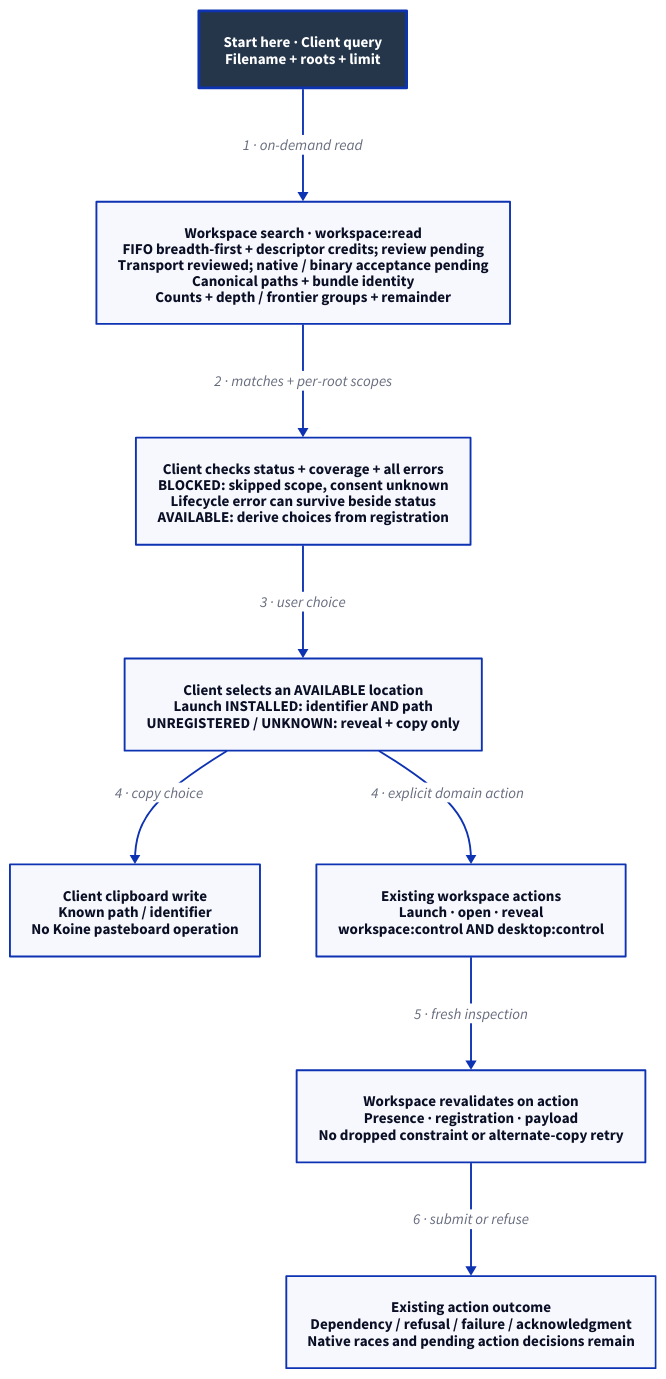
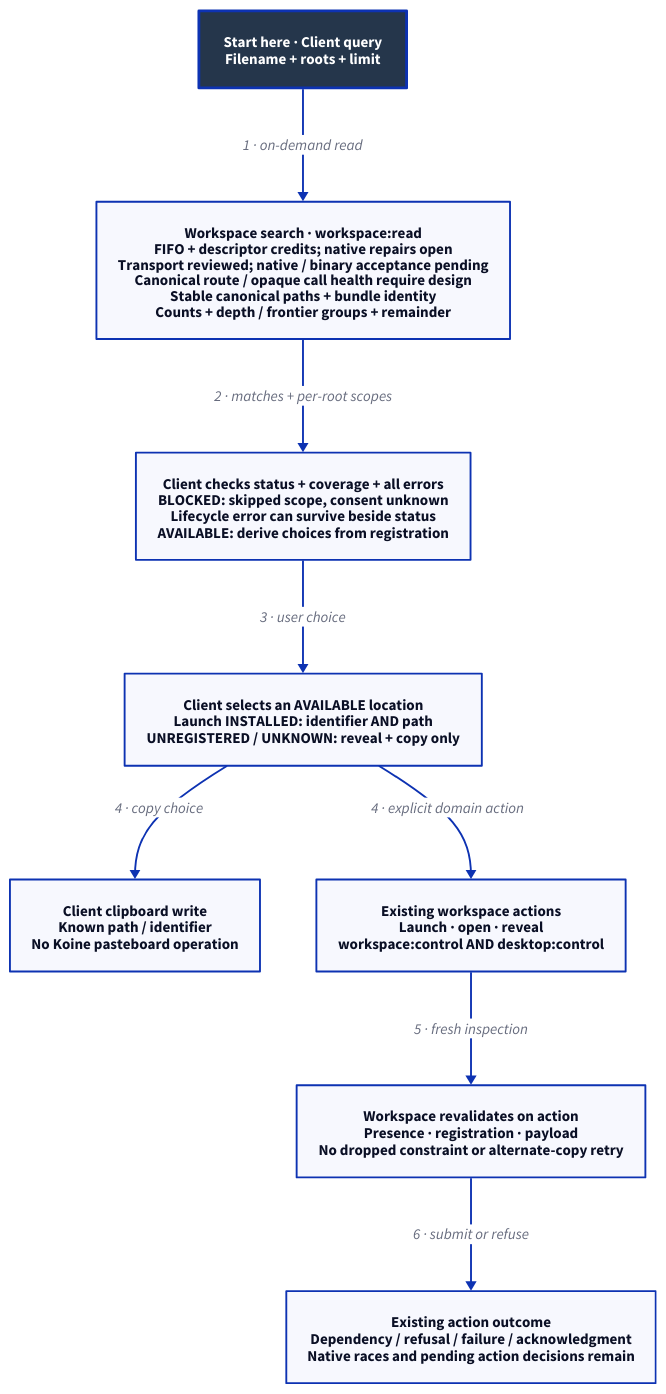
The diagram in docs/design/architecture/search-handoff.d2 (Linkuistics/Koine), drawn with D2 before and after one commit. The commit also changed 24 other files, not shown here.

Commit message:
search-traversal-k107: integrate traversal review repairs and externalize native path/resource designs before planning

```diff
--- a/docs/design/architecture/search-handoff.d2
+++ b/docs/design/architecture/search-handoff.d2
@@ -1,20 +1,20 @@
 # Designed component/data handoff. Source roles, not deployment containers.
 direction: down
 classes: {
   start: {style: {fill: "#25364B"; font-color: "#FFFFFF"; bold: true; stroke-width: 3}}
 }
 Start: "Start here · Client query\nFilename + roots + limit" {class: start}
-Search: "Workspace search · workspace:read\nFIFO breadth-first + descriptor credits; review pending\nTransport reviewed; native / binary acceptance pending\nCanonical paths + bundle identity\nCounts + depth / frontier groups + remainder"
+Search: "Workspace search · workspace:read\nFIFO + descriptor credits; native repairs open\nTransport reviewed; native / binary acceptance pending\nCanonical route / opaque call health require design\nStable canonical paths + bundle identity\nCounts + depth / frontier groups + remainder"
 Choices: "Client checks status + coverage + all errors\nBLOCKED: skipped scope, consent unknown\nLifecycle error can survive beside status\nAVAILABLE: derive choices from registration"
 Selected: "Client selects an AVAILABLE location\nLaunch INSTALLED: identifier AND path\nUNREGISTERED / UNKNOWN: reveal + copy only"
 Clipboard: "Client clipboard write\nKnown path / identifier\nNo Koine pasteboard operation"
 Action: "Existing workspace actions\nLaunch · open · reveal\nworkspace:control AND desktop:control"
 Revalidate: "Workspace revalidates on action\nPresence · registration · payload\nNo dropped constraint or alternate-copy retry"
 Outcome: "Existing action outcome\nDependency / refusal / failure / acknowledgment\nNative races and pending action decisions remain"
 Start -> Search: "1 · on-demand read"
 Search -> Choices: "2 · matches + per-root scopes"
 Choices -> Selected: "3 · user choice"
 Selected -> Clipboard: "4 · copy choice"
 Selected -> Action: "4 · explicit domain action"
 Action -> Revalidate: "5 · fresh inspection"
 Revalidate -> Outcome: "6 · submit or refuse"
```
